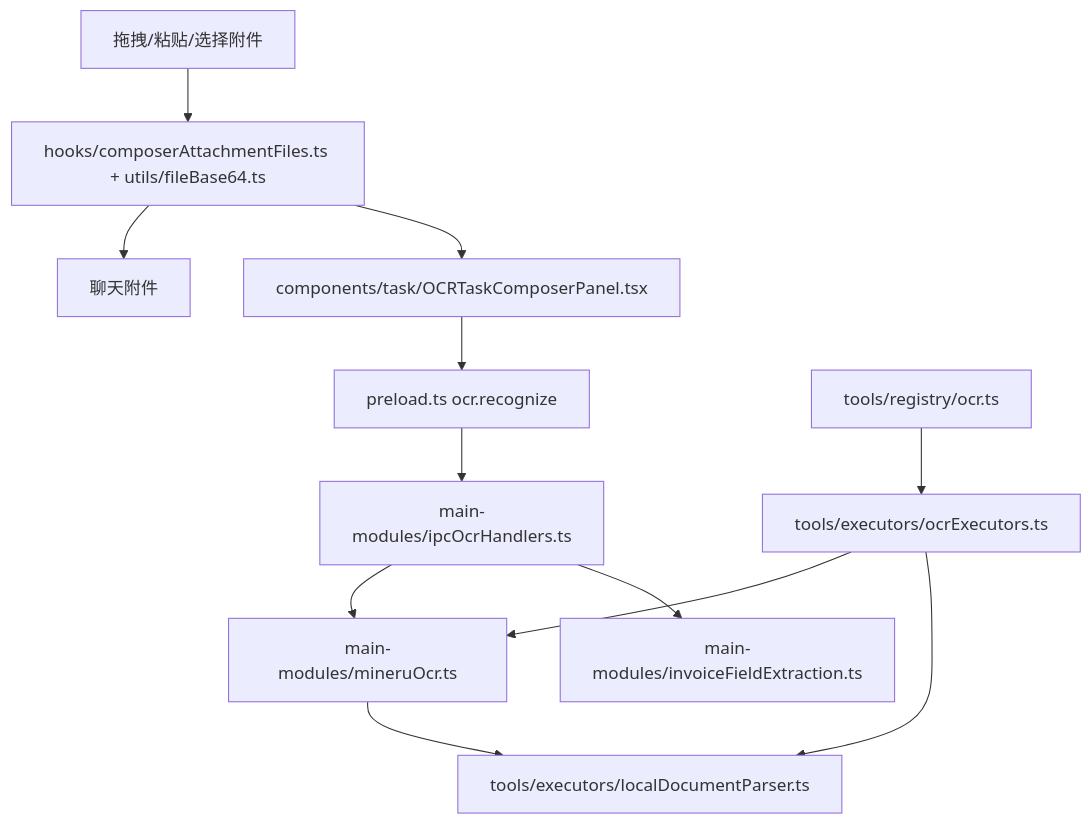
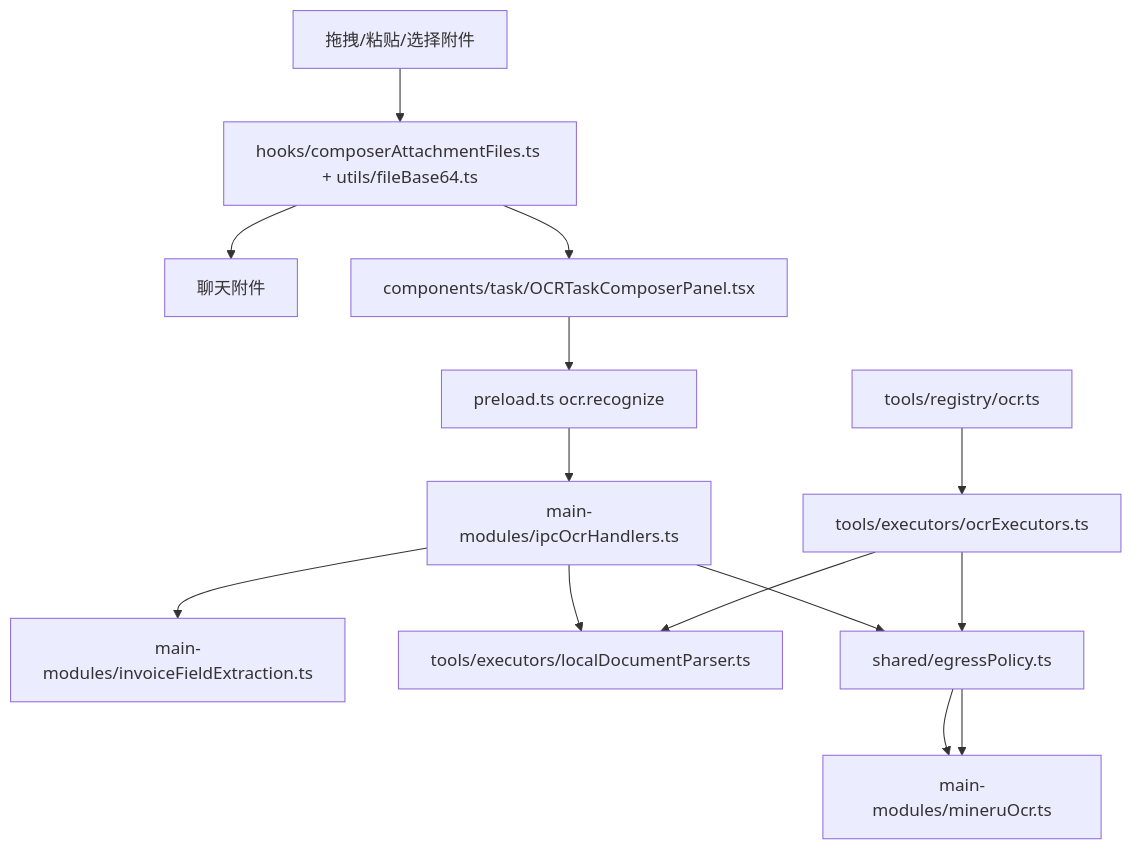
One commit to Laowang3366/excel-ai-plugin-new-feature changed the ninth of 11 diagrams in docs/architecture-map.md. Above: the diagram before and after it, drawn with Mermaid. The commit also changed other lines of this file and 54 other files, not shown here.

````diff
--- a/docs/architecture-map.md
+++ b/docs/architecture-map.md
@@ -433,25 +434,26 @@
 ```mermaid
 flowchart TB
   Drag["拖拽/粘贴/选择附件"]
   ComposerFiles["hooks/composerAttachmentFiles.ts + utils/fileBase64.ts"]
   ChatInput["聊天附件"]
   OcrPanel["components/task/OCRTaskComposerPanel.tsx"]
   PreloadOcr["preload.ts ocr.recognize"]
   IpcOcr["main-modules/ipcOcrHandlers.ts"]
   Mineru["main-modules/mineruOcr.ts"]
   Invoice["main-modules/invoiceFieldExtraction.ts"]
   OcrTool["tools/registry/ocr.ts"]
   OcrExec["tools/executors/ocrExecutors.ts"]
   LocalParser["tools/executors/localDocumentParser.ts"]
+  Egress["shared/egressPolicy.ts"]
 
   Drag --> ComposerFiles
   ComposerFiles --> ChatInput
   ComposerFiles --> OcrPanel
   OcrPanel --> PreloadOcr --> IpcOcr
-  IpcOcr --> Mineru
+  IpcOcr --> LocalParser
+  IpcOcr --> Egress --> Mineru
   IpcOcr --> Invoice
   OcrTool --> OcrExec
-  OcrExec --> Mineru
   OcrExec --> LocalParser
-  Mineru --> LocalParser
+  OcrExec --> Egress --> Mineru
 ```
````
